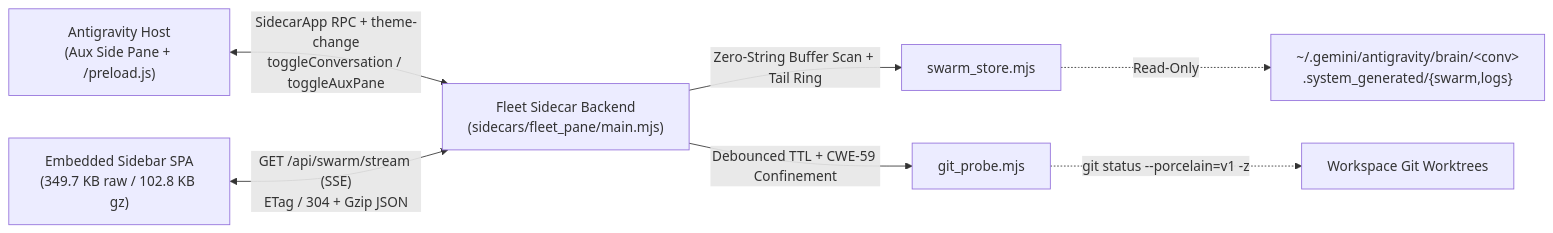
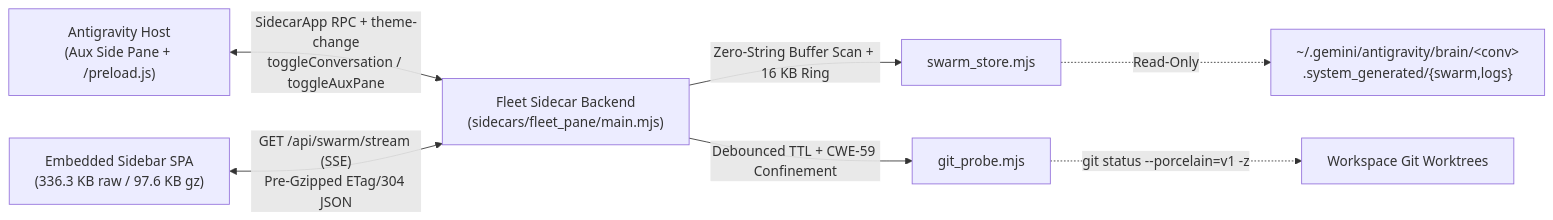
One commit to cayleb-james2008/dsh-fleet changed the diagram in README.md. Above: the diagram before and after it, drawn with Mermaid. The commit also changed other lines of this file and 30 other files, not shown here.

Commit message:
release: Fleet v1.7.0 (board quick filters, wave digest, pre-gzipped asset, <75MB RSS)

````diff
--- a/README.md
+++ b/README.md
@@ -80,9 +80,9 @@
 ```mermaid
 flowchart LR
     Host["Antigravity Host<br/>(Aux Side Pane + /preload.js)"] <-->|"SidecarApp RPC + theme-change<br/>toggleConversation / toggleAuxPane"| Backend["Fleet Sidecar Backend<br/>(sidecars/fleet_pane/main.mjs)"]
-    UI["Embedded Sidebar SPA<br/>(349.7 KB raw / 102.8 KB gz)"] <-->|"GET /api/swarm/stream (SSE)<br/>ETag / 304 + Gzip JSON"| Backend
-    Backend -->|"Zero-String Buffer Scan + Tail Ring"| Store["swarm_store.mjs"]
+    UI["Embedded Sidebar SPA<br/>(336.3 KB raw / 97.6 KB gz)"] <-->|"GET /api/swarm/stream (SSE)<br/>Pre-Gzipped ETag/304 JSON"| Backend
+    Backend -->|"Zero-String Buffer Scan + 16 KB Ring"| Store["swarm_store.mjs"]
     Backend -->|"Debounced TTL + CWE-59 Confinement"| Git["git_probe.mjs"]
     Store -.->|"Read-Only"| Brain["~/.gemini/antigravity/brain/&lt;conv&gt;<br/>.system_generated/{swarm,logs}"]
     Git -.->|"git status --porcelain=v1 -z"| WT["Workspace Git Worktrees"]
 ```
````
